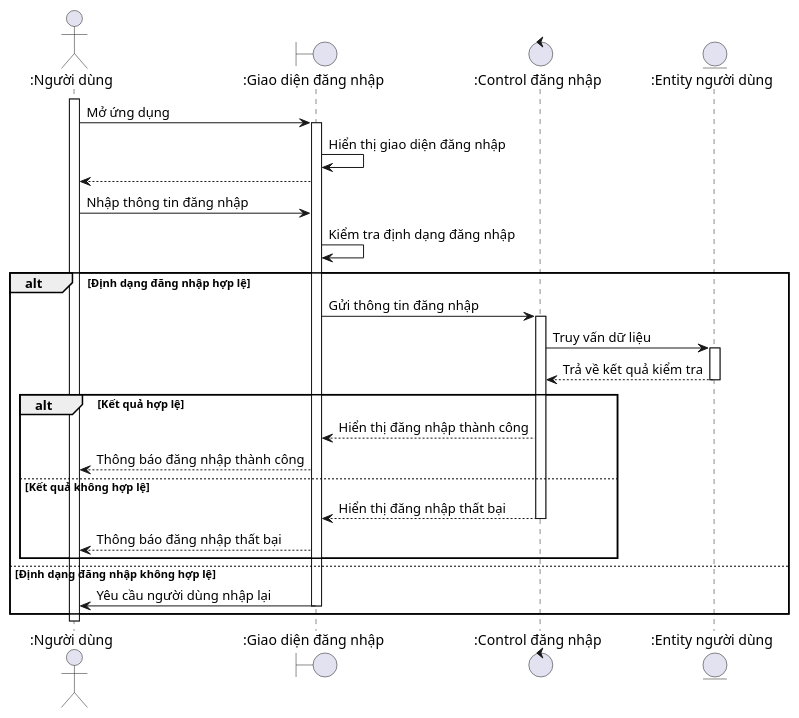
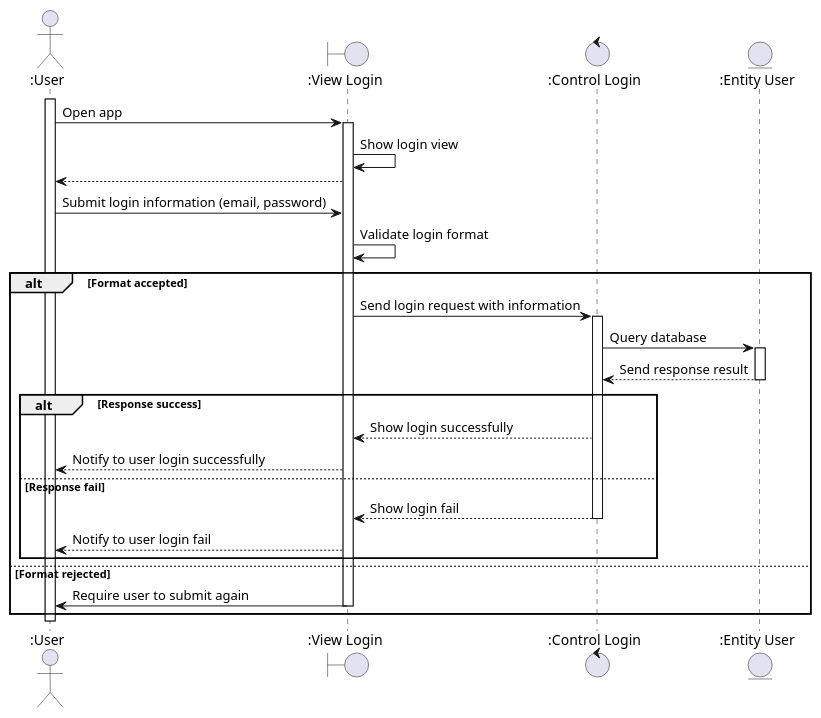
Before and after one commit to techcomrade/fmECG: the diagram in diagram/sequence/mobile_app/login.pu, drawn with PlantUML. The commit also changed 14 other files, not shown here.

Commit message:
feature(diagram): add all app sequence diagrams

```diff
--- a/diagram/sequence/mobile_app/login.pu
+++ b/diagram/sequence/mobile_app/login.pu
@@ -1,36 +1,36 @@
 @startuml
 
-actor ":Người dùng" as User
-boundary ":Giao diện đăng nhập" as ClientApp
-control ":Control đăng nhập" as Control
-entity ":Entity người dùng" as Entity
+actor ":User" as User
+boundary ":View Login" as ClientApp
+control ":Control Login" as Control
+entity ":Entity User" as Entity
 
 activate User
-User -> ClientApp: Mở ứng dụng
+User -> ClientApp: Open app
 activate ClientApp
-ClientApp -> ClientApp: Hiển thị giao diện đăng nhập
+ClientApp -> ClientApp: Show login view
 ClientApp --> User
-User -> ClientApp: Nhập thông tin đăng nhập
-ClientApp -> ClientApp: Kiểm tra định dạng đăng nhập
-alt Định dạng đăng nhập hợp lệ
-  ClientApp -> Control: Gửi thông tin đăng nhập
+User -> ClientApp: Submit login information (email, password)
+ClientApp -> ClientApp: Validate login format
+alt Format accepted
+  ClientApp -> Control: Send login request with information
   activate Control
-  Control -> Entity: Truy vấn dữ liệu
+  Control -> Entity: Query database
   activate Entity
-  Entity --> Control: Trả về kết quả kiểm tra
+  Entity --> Control: Send response result
   deactivate Entity
-  alt Kết quả hợp lệ
-    Control --> ClientApp: Hiển thị đăng nhập thành công
-    ClientApp --> User: Thông báo đăng nhập thành công
-  else Kết quả không hợp lệ
-    Control --> ClientApp: Hiển thị đăng nhập thất bại
+  alt Response success
+    Control --> ClientApp: Show login successfully
+    ClientApp --> User: Notify to user login successfully
+  else Response fail
+    Control --> ClientApp: Show login fail
     deactivate Control
-    ClientApp --> User: Thông báo đăng nhập thất bại 
+    ClientApp --> User: Notify to user login fail
   end
 
-else Định dạng đăng nhập không hợp lệ
-  ClientApp -> User: Yêu cầu người dùng nhập lại
+else Format rejected
+  ClientApp -> User: Require user to submit again
   deactivate ClientApp
 end
 deactivate User
 @enduml
```
